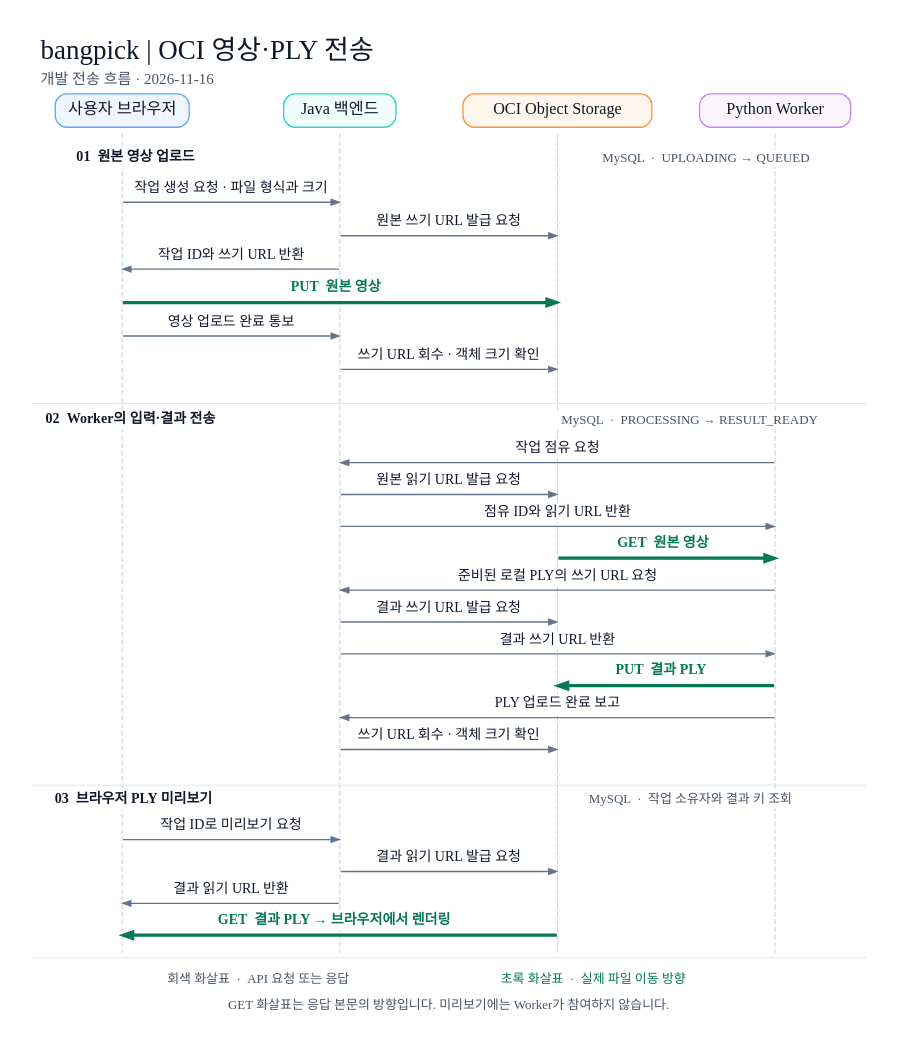
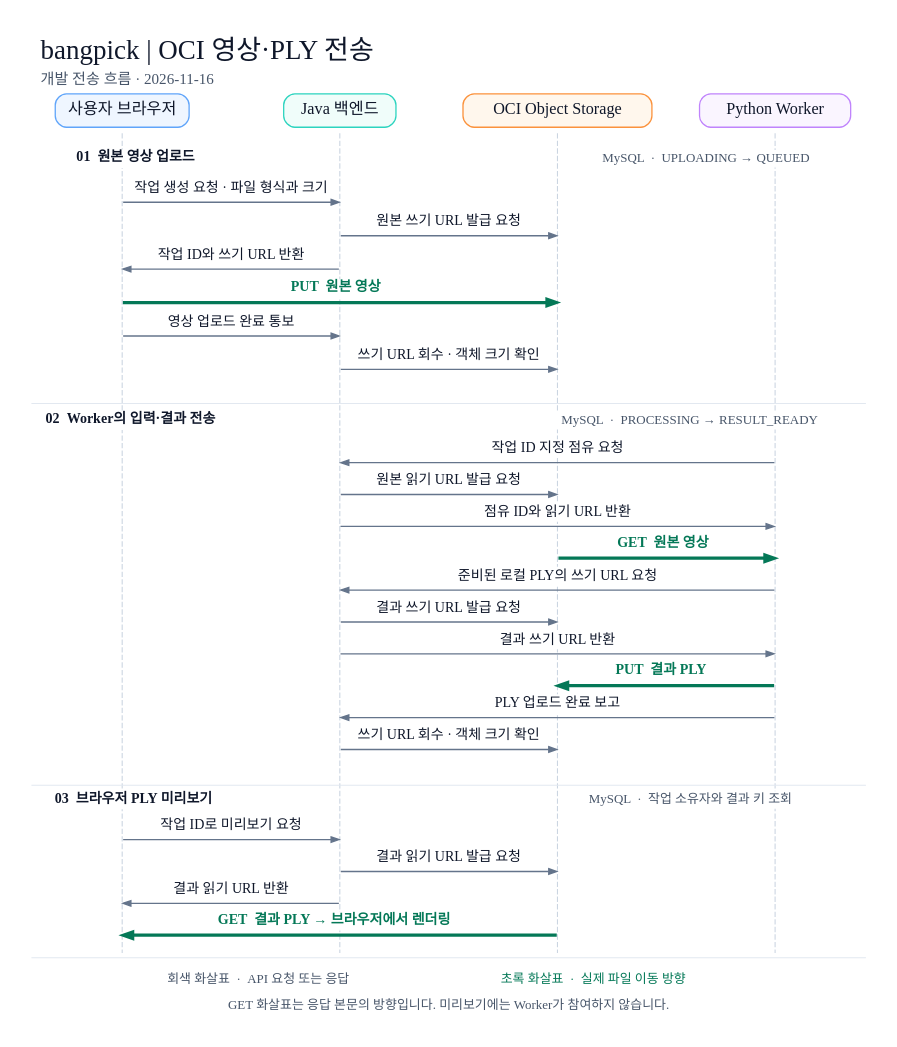
One commit to Bang9634/bangpick changed the diagram in docs/diagrams/oci-transfer-flow.dot. Above: the diagram before and after it, drawn with Graphviz. The commit also changed 11 other files, not shown here.

```diff
--- a/docs/diagrams/oci-transfer-flow.dot
+++ b/docs/diagrams/oci-transfer-flow.dot
@@ -1,90 +1,90 @@
 digraph OciTransferFlow {
   graph [layout=neato, overlap=true, splines=line, outputorder=edgesfirst,
     bgcolor="white", pad=0.28, labelloc=t, labeljust=l, fontcolor="#0f172a",
     label=<<TABLE BORDER="0" CELLBORDER="0" CELLSPACING="0" CELLPADDING="2">
       <TR><TD ALIGN="LEFT"><FONT POINT-SIZE="25">bangpick | OCI 영상·PLY 전송</FONT></TD></TR>
       <TR><TD ALIGN="LEFT"><FONT POINT-SIZE="14" COLOR="#475569">개발 전송 흐름 · 2026-11-16</FONT></TD></TR>
     </TABLE>>];
 
   // 참여자 열: 브라우저 1.3 / 백엔드 4.1 / OCI 6.9 / Worker 9.7.
   // 고정 위치를 사용해 모든 화살표를 같은 열에 맞추고 위에서 아래로 읽는다.
   node [shape=point, width=0.018, height=0.018, label="", style=invis];
   edge [color="#cbd5e1", style=dashed, dir=none];
   browser_top [pos="1.3,12.61!"]; browser_end [pos="1.3,2.04!"]; browser_top -> browser_end;
   api_top [pos="4.1,12.61!"]; api_end [pos="4.1,2.04!"]; api_top -> api_end;
   oci_top [pos="6.9,12.61!"]; oci_end [pos="6.9,2.04!"]; oci_top -> oci_end;
   worker_top [pos="9.7,12.61!"]; worker_end [pos="9.7,2.04!"]; worker_top -> worker_end;
 
   edge [color="#e2e8f0", style=solid, dir=none];
   divider1_left [pos="0.12,9.12!"]; divider1_right [pos="10.88,9.12!"]; divider1_left -> divider1_right;
   divider2_left [pos="0.12,4.21!"]; divider2_right [pos="10.88,4.21!"]; divider2_left -> divider2_right;
   divider3_left [pos="0.12,1.99!"]; divider3_right [pos="10.88,1.99!"]; divider3_left -> divider3_right;
 
   edge [color="#64748b", dir=forward, penwidth=1.3, arrowsize=0.72];
   // 01. 작업 생성에서 원본 저장 확인까지.
   a1 [pos="1.3,11.71!"]; b1 [pos="4.1,11.71!"]; a1 -> b1;
   b2 [pos="4.1,11.28!"]; c2 [pos="6.9,11.28!"]; b2 -> c2;
   b3 [pos="4.1,10.85!"]; a3 [pos="1.3,10.85!"]; b3 -> a3;
   a4 [pos="1.3,10.42!"]; c4 [pos="6.9,10.42!"]; a4 -> c4 [color="#047857", penwidth=3, arrowsize=0.86];
   a5 [pos="1.3,9.99!"]; b5 [pos="4.1,9.99!"]; a5 -> b5;
   b6 [pos="4.1,9.56!"]; c6 [pos="6.9,9.56!"]; b6 -> c6;
   // 02. Worker 점유, 원본 다운로드, 결과 업로드.
   d7 [pos="9.7,8.36!"]; b7 [pos="4.1,8.36!"]; d7 -> b7;
   b8 [pos="4.1,7.95!"]; c8 [pos="6.9,7.95!"]; b8 -> c8;
   b9 [pos="4.1,7.54!"]; d9 [pos="9.7,7.54!"]; b9 -> d9;
   c10 [pos="6.9,7.13!"]; d10 [pos="9.7,7.13!"]; c10 -> d10 [color="#047857", penwidth=3, arrowsize=0.86];
   d11 [pos="9.7,6.72!"]; b11 [pos="4.1,6.72!"]; d11 -> b11;
   b12 [pos="4.1,6.31!"]; c12 [pos="6.9,6.31!"]; b12 -> c12;
   b13 [pos="4.1,5.9!"]; d13 [pos="9.7,5.9!"]; b13 -> d13;
   d14 [pos="9.7,5.49!"]; c14 [pos="6.9,5.49!"]; d14 -> c14 [color="#047857", penwidth=3, arrowsize=0.86];
   d15 [pos="9.7,5.08!"]; b15 [pos="4.1,5.08!"]; d15 -> b15;
   b16 [pos="4.1,4.67!"]; c16 [pos="6.9,4.67!"]; b16 -> c16;
   // 03. 등록된 결과 미리보기. Worker 호출 없음.
   a17 [pos="1.3,3.51!"]; b17 [pos="4.1,3.51!"]; a17 -> b17;
   b18 [pos="4.1,3.1!"]; c18 [pos="6.9,3.1!"]; b18 -> c18;
   b19 [pos="4.1,2.69!"]; a19 [pos="1.3,2.69!"]; b19 -> a19;
   c20 [pos="6.9,2.28!"]; a20 [pos="1.3,2.28!"]; c20 -> a20 [color="#047857", penwidth=3, arrowsize=0.86];
 
   node [shape=box, width=0, height=0, style="rounded,filled", margin="0.18,0.1",
     fontcolor="#0f172a", penwidth=1.2, fontsize=15];
   browser [pos="1.3,12.89!", label="사용자 브라우저", color="#60a5fa", fillcolor="#eff6ff"];
   api [pos="4.1,12.89!", label="Java 백엔드", color="#2dd4bf", fillcolor="#f0fdfa"];
   oci [pos="6.9,12.89!", label="OCI Object Storage", color="#fb923c", fillcolor="#fff7ed"];
   worker [pos="9.7,12.89!", label="Python Worker", color="#c084fc", fillcolor="#faf5ff"];
 
   node [shape=box, style=filled, fillcolor="white", color="white", margin="0.045,0.015", fontsize=13];
   phase1 [pos="1.53,12.27!", label=<<B>01  원본 영상 업로드</B>>];
   state1 [pos="8.81,12.27!", label="MySQL  ·  UPLOADING → QUEUED", fontcolor="#475569", fontsize=12];
   msg1 [pos="2.7,11.89!", label="작업 생성 요청 · 파일 형식과 크기"];
   msg2 [pos="5.5,11.46!", label="원본 쓰기 URL 발급 요청"];
   msg3 [pos="2.7,11.03!", label="작업 ID와 쓰기 URL 반환"];
   msg4 [pos="4.1,10.6!", label=<<B>PUT  원본 영상</B>>, fontcolor="#047857"];
   msg5 [pos="2.7,10.17!", label="영상 업로드 완료 통보"];
   msg6 [pos="5.5,9.74!", label="쓰기 URL 회수 · 객체 크기 확인"];
 
   phase2 [pos="1.53,8.9!", label=<<B>02  Worker의 입력·결과 전송</B>>];
   state2 [pos="8.6,8.9!", label="MySQL  ·  PROCESSING → RESULT_READY", fontcolor="#475569", fontsize=12];
-  msg7 [pos="6.9,8.54!", label="작업 점유 요청"];
+  msg7 [pos="6.9,8.54!", label="작업 ID 지정 점유 요청"];
   msg8 [pos="5.5,8.13!", label="원본 읽기 URL 발급 요청"];
   msg9 [pos="6.9,7.72!", label="점유 ID와 읽기 URL 반환"];
   msg10 [pos="8.3,7.31!", label=<<B>GET  원본 영상</B>>, fontcolor="#047857"];
   msg11 [pos="6.9,6.9!", label="준비된 로컬 PLY의 쓰기 URL 요청"];
   msg12 [pos="5.5,6.49!", label="결과 쓰기 URL 발급 요청"];
   msg13 [pos="6.9,6.08!", label="결과 쓰기 URL 반환"];
   msg14 [pos="8.3,5.67!", label=<<B>PUT  결과 PLY</B>>, fontcolor="#047857"];
   msg15 [pos="6.9,5.26!", label="PLY 업로드 완료 보고"];
   msg16 [pos="5.5,4.85!", label="쓰기 URL 회수 · 객체 크기 확인"];
 
   phase3 [pos="1.53,4.02!", label=<<B>03  브라우저 PLY 미리보기</B>>];
   state3 [pos="8.61,4.02!", label="MySQL  ·  작업 소유자와 결과 키 조회", fontcolor="#475569", fontsize=12];
   msg17 [pos="2.7,3.69!", label="작업 ID로 미리보기 요청"];
   msg18 [pos="5.5,3.28!", label="결과 읽기 URL 발급 요청"];
   msg19 [pos="2.7,2.87!", label="결과 읽기 URL 반환"];
   msg20 [pos="4.1,2.46!", label=<<B>GET  결과 PLY → 브라우저에서 렌더링</B>>, fontcolor="#047857"];
 
   node [margin="0.12,0.055", fontsize=12];
   legend_api [pos="3.05,1.71!", label="회색 화살표  ·  API 요청 또는 응답", fontcolor="#475569"];
   legend_file [pos="7.36,1.71!", label="초록 화살표  ·  실제 파일 이동 방향", fontcolor="#047857"];
   note [pos="5.5,1.37!", fontsize=12, fontcolor="#475569",
     label="GET 화살표는 응답 본문의 방향입니다. 미리보기에는 Worker가 참여하지 않습니다."];
 }
```
